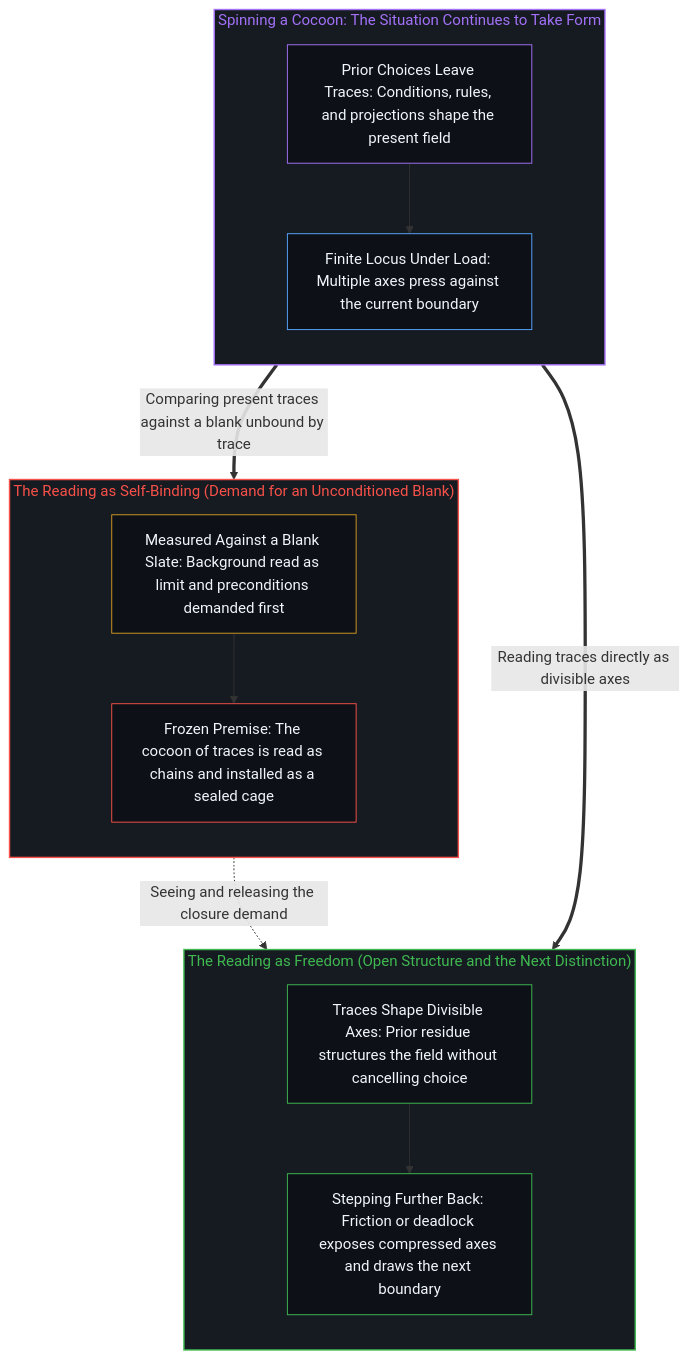
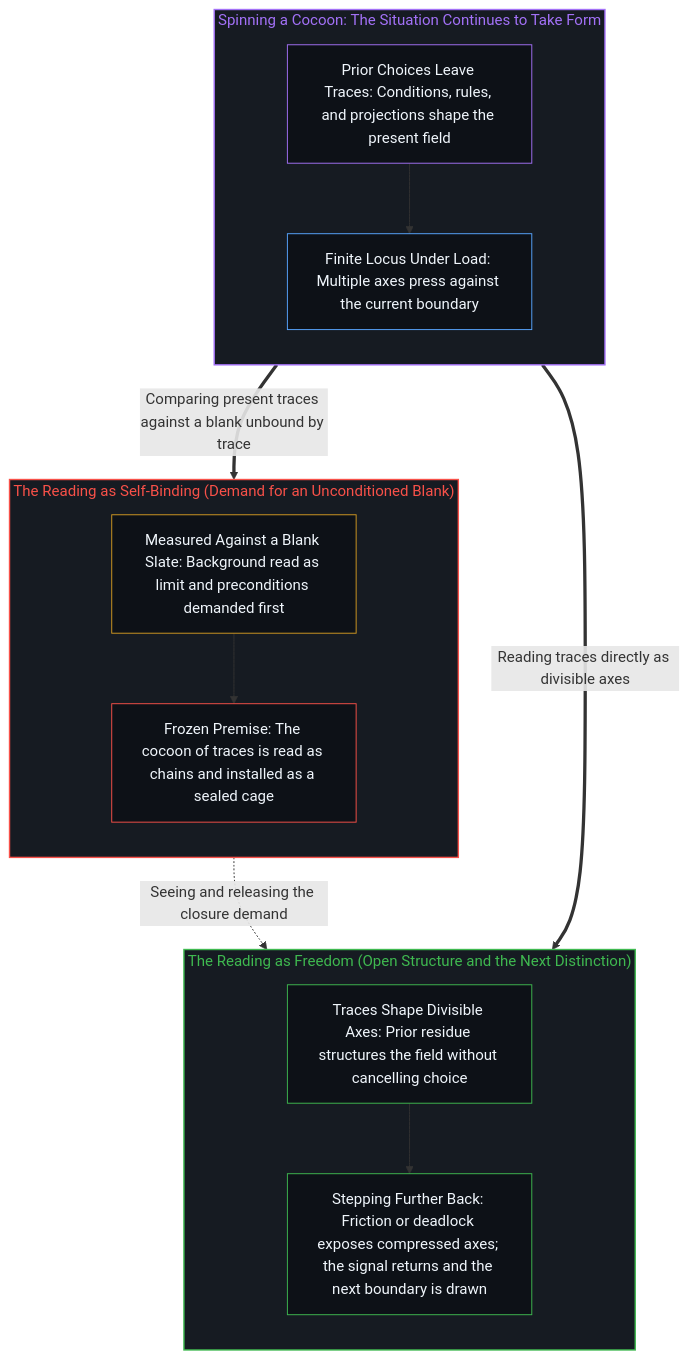
Before and after one commit to powerpig99/not-a-toe: the second of 2 diagrams in content/posts/zuo-jian-bu-shi-zi-fu.md, drawn with Mermaid. The commit also changed other lines of this file and 12 other files, not shown here.

````diff
--- a/content/posts/zuo-jian-bu-shi-zi-fu.md
+++ b/content/posts/zuo-jian-bu-shi-zi-fu.md
@@ -69,37 +65,33 @@
 ```mermaid
 flowchart TD
     subgraph S_Form["Spinning a Cocoon: The Situation Continues to Take Form"]
         direction TB
         C["Prior Choices Leave Traces: Conditions, rules, and projections shape the present field"]
         T["Finite Locus Under Load: Multiple axes press against the current boundary"]
         C --> T
     end
-
     subgraph S_Chain["The Reading as Self-Binding (Demand for an Unconditioned Blank)"]
         direction TB
         B1["Measured Against a Blank Slate: Background read as limit and preconditions demanded first"]
         B2["Frozen Premise: The cocoon of traces is read as chains and installed as a sealed cage"]
         B1 --> B2
     end
-
     subgraph S_Free["The Reading as Freedom (Open Structure and the Next Distinction)"]
         direction TB
         F1["Traces Shape Divisible Axes: Prior residue structures the field without cancelling choice"]
-        F2["Stepping Further Back: Friction or deadlock exposes compressed axes and draws the next boundary"]
+        F2["Stepping Further Back: Friction or deadlock exposes compressed axes; the signal returns and the next boundary is drawn"]
         F1 --> F2
     end
-
     T ==>|"Reading traces directly as divisible axes"| F1
     T ==>|"Comparing present traces against a blank unbound by trace"| B1
     B2 -.->|"Seeing and releasing the closure demand"| F1
-
     style S_Form fill:#161b22,stroke:#a371f7,stroke-width:1.5px,color:#a371f7
     style S_Chain fill:#161b22,stroke:#f85149,stroke-width:1.5px,color:#f85149
     style S_Free fill:#161b22,stroke:#3fb950,stroke-width:1.5px,color:#3fb950
     style C fill:#0d1117,stroke:#a371f7,stroke-width:1px,color:#f0f6fc
     style T fill:#0d1117,stroke:#58a6ff,stroke-width:1px,color:#f0f6fc
     style B1 fill:#0d1117,stroke:#d29922,stroke-width:1px,color:#f0f6fc
     style B2 fill:#0d1117,stroke:#f85149,stroke-width:1px,color:#f0f6fc
     style F1 fill:#0d1117,stroke:#3fb950,stroke-width:1px,color:#f0f6fc
     style F2 fill:#0d1117,stroke:#3fb950,stroke-width:1px,color:#f0f6fc
 ```
````
